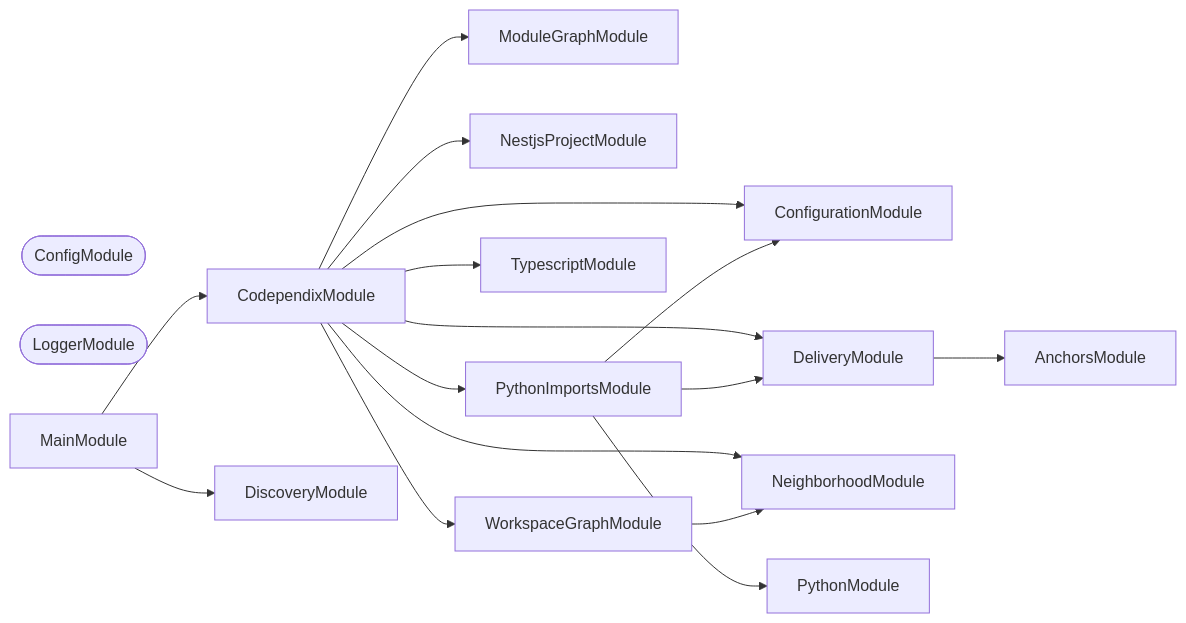
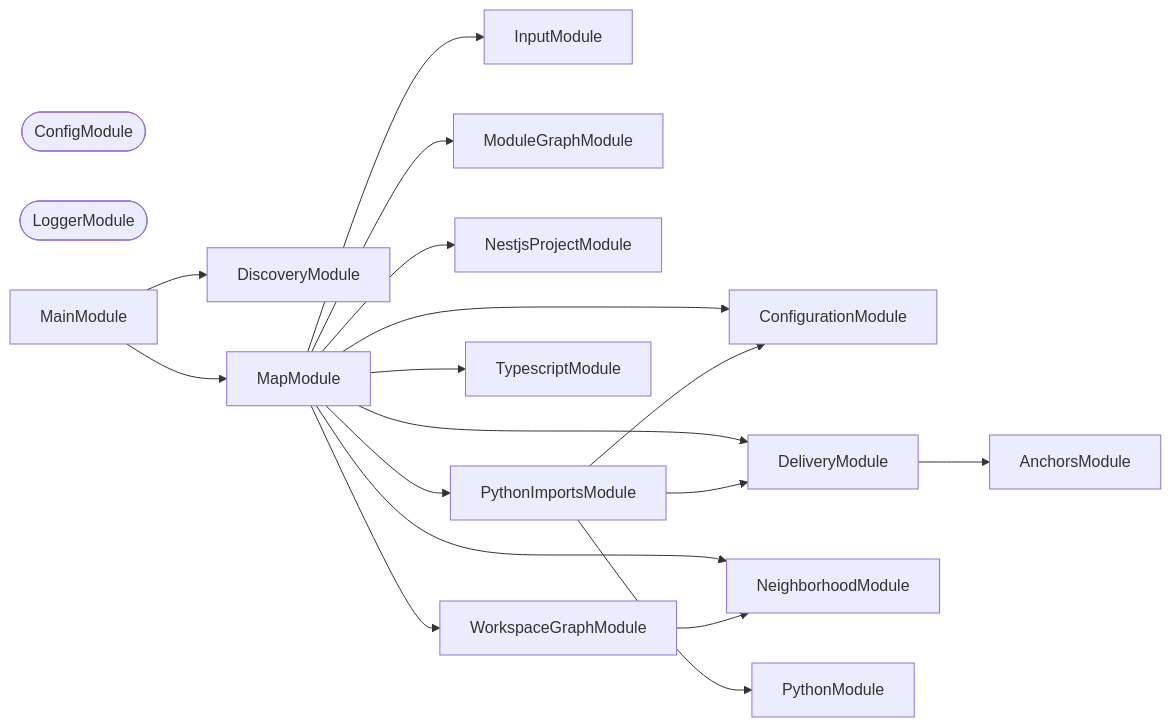
The second of 3 diagrams in packages/codependix-cli/README.md (JimmyPaolini/codebase), drawn with Mermaid before and after one commit. The commit also changed other lines of this file and 9 other files, not shown here.

````diff
--- a/packages/codependix-cli/README.md
+++ b/packages/codependix-cli/README.md
@@ -133,33 +133,35 @@
 ```mermaid
 flowchart LR
   AnchorsModule
-  CodependixModule
   ConfigModule([ConfigModule])
   ConfigurationModule
   DeliveryModule
   DiscoveryModule
+  InputModule
   LoggerModule([LoggerModule])
   MainModule
+  MapModule
   ModuleGraphModule
   NeighborhoodModule
   NestjsProjectModule
   PythonImportsModule
   PythonModule
   TypescriptModule
   WorkspaceGraphModule
-  CodependixModule --> ConfigurationModule
-  CodependixModule --> DeliveryModule
-  CodependixModule --> ModuleGraphModule
-  CodependixModule --> NeighborhoodModule
-  CodependixModule --> NestjsProjectModule
-  CodependixModule --> PythonImportsModule
-  CodependixModule --> TypescriptModule
-  CodependixModule --> WorkspaceGraphModule
   DeliveryModule --> AnchorsModule
-  MainModule --> CodependixModule
   MainModule --> DiscoveryModule
+  MainModule --> MapModule
+  MapModule --> ConfigurationModule
+  MapModule --> DeliveryModule
+  MapModule --> InputModule
+  MapModule --> ModuleGraphModule
+  MapModule --> NeighborhoodModule
+  MapModule --> NestjsProjectModule
+  MapModule --> PythonImportsModule
+  MapModule --> TypescriptModule
+  MapModule --> WorkspaceGraphModule
   PythonImportsModule --> ConfigurationModule
   PythonImportsModule --> DeliveryModule
   PythonImportsModule --> PythonModule
   WorkspaceGraphModule --> NeighborhoodModule
 ```
````
